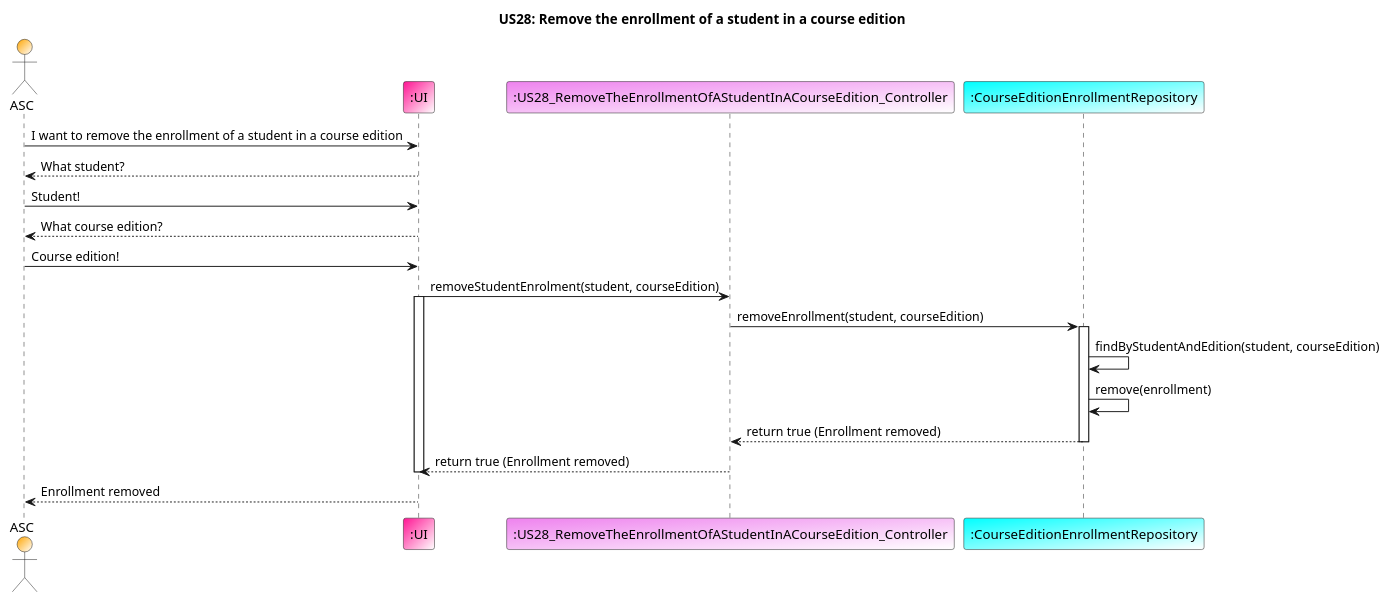
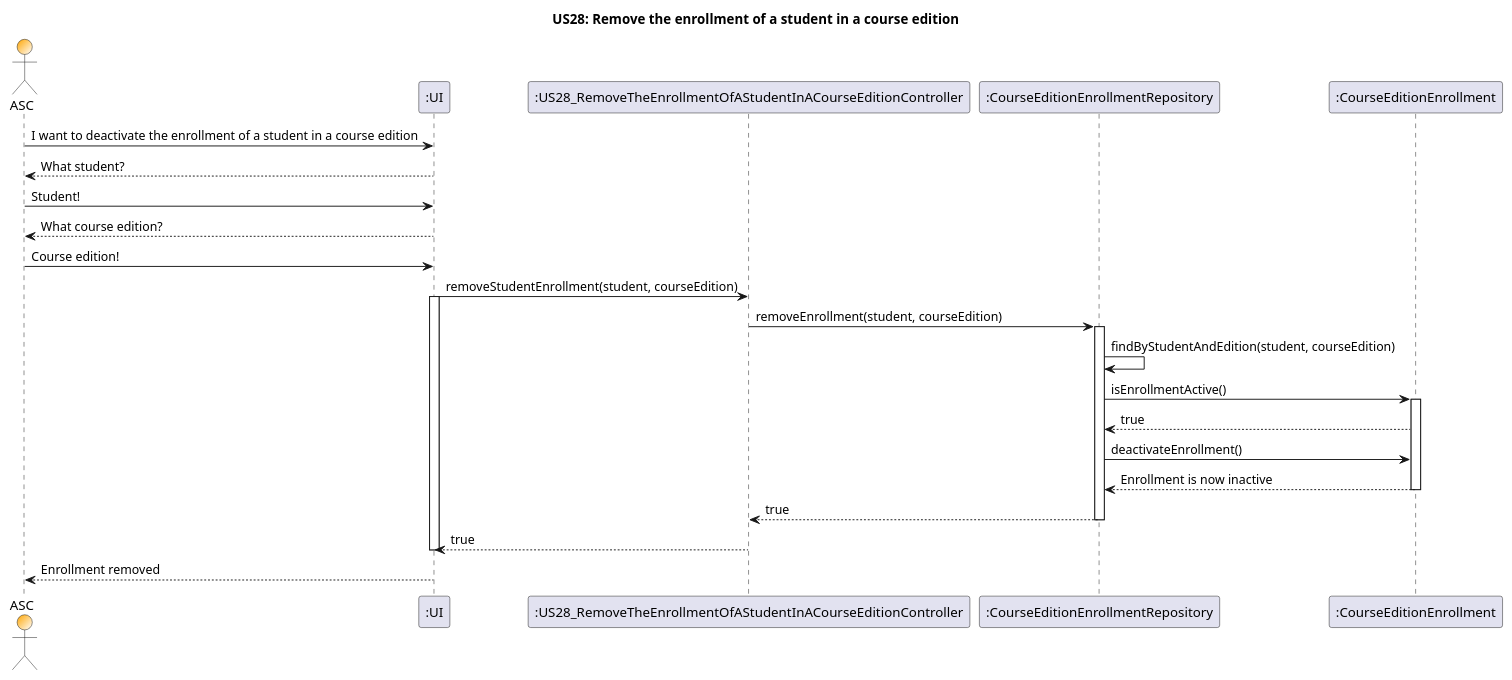
The diagram in docs/US28/US28_RemoveTheEnrollmentOfAStudentInACourseEdition_SequenceDiagram.puml (GasparISEP/DevOps-PAI), drawn with PlantUML before and after one commit.

Commit message:
Refactor US28 SequenceDiagram - to reflect enrollment deactivation logic, instead of removal

```diff
--- a/docs/US28/US28_RemoveTheEnrollmentOfAStudentInACourseEdition_SequenceDiagram.puml
+++ b/docs/US28/US28_RemoveTheEnrollmentOfAStudentInACourseEdition_SequenceDiagram.puml
@@ -1,32 +1,38 @@
 @startuml
 
 title US28: Remove the enrollment of a student in a course edition
 
 actor ASC #Orange/White
-participant ":UI" as UI #DeepPink/White
-participant ":US28_RemoveTheEnrollmentOfAStudentInACourseEdition_Controller" as Controller #Violet/White
-participant ":CourseEditionEnrollmentRepository" as Repository #Cyan/White
+participant ":UI" as UI
+participant ":US28_RemoveTheEnrollmentOfAStudentInACourseEditionController" as Controller
+participant ":CourseEditionEnrollmentRepository" as Repository
+participant ":CourseEditionEnrollment" as Enrollment
 
-ASC -> UI : I want to remove the enrollment of a student in a course edition
+ASC -> UI : I want to deactivate the enrollment of a student in a course edition
 UI --> ASC : What student?
 ASC -> UI : Student!
 UI --> ASC : What course edition?
 ASC -> UI : Course edition!
 
-UI -> Controller : removeStudentEnrolment(student, courseEdition)
+UI -> Controller : removeStudentEnrollment(student, courseEdition)
 activate UI
 
 Controller -> Repository : removeEnrollment(student, courseEdition)
 activate Repository
+Repository -> Repository : findByStudentAndEdition(student, courseEdition)
 
-Repository -> Repository : findByStudentAndEdition(student, courseEdition)
-Repository -> Repository : remove(enrollment)
-Repository --> Controller : return true (Enrollment removed)
+Repository -> Enrollment : isEnrollmentActive()
+activate Enrollment
+Enrollment --> Repository : true
+Repository -> Enrollment : deactivateEnrollment()
+Enrollment --> Repository : Enrollment is now inactive
+deactivate Enrollment
 
+Repository --> Controller : true
 deactivate Repository
 
-Controller --> UI : return true (Enrollment removed)
+Controller --> UI : true
 deactivate UI
 UI --> ASC : Enrollment removed
 
 @enduml
```
